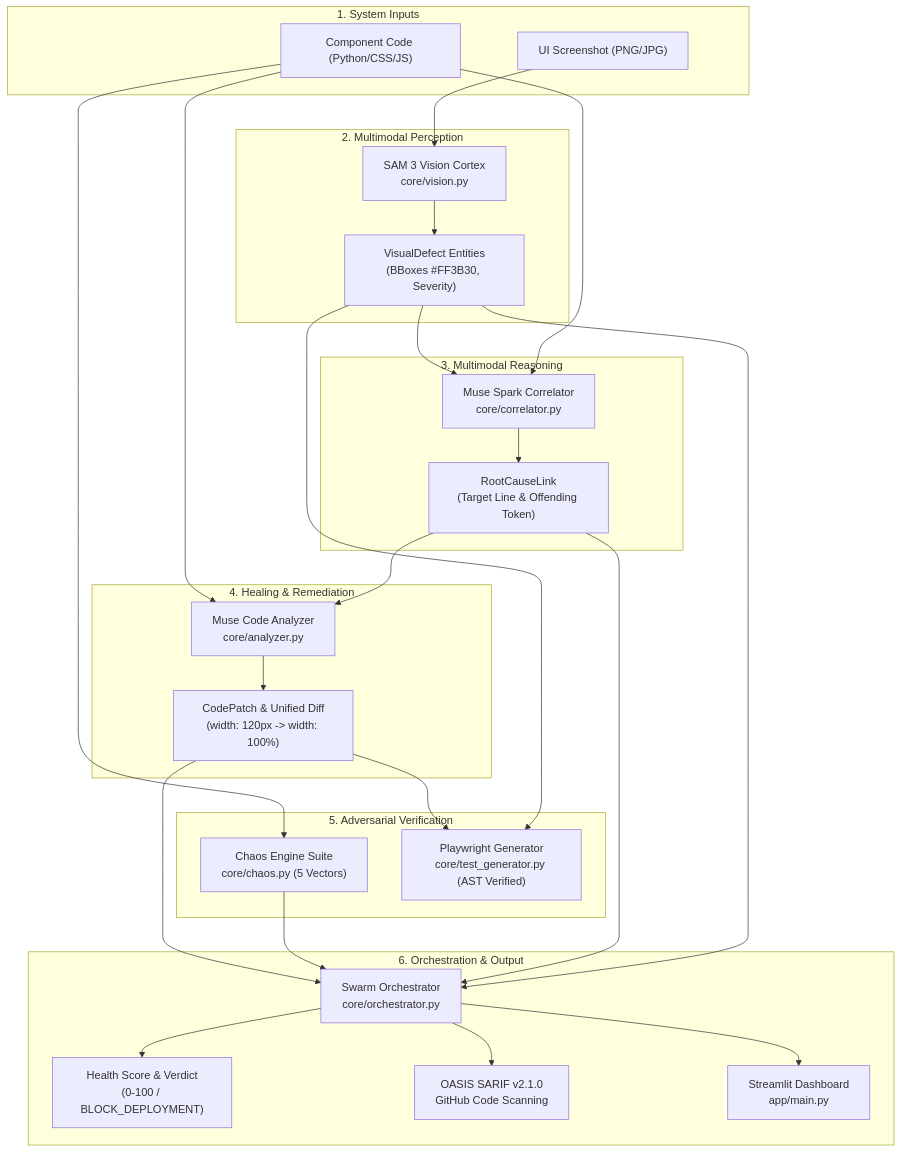
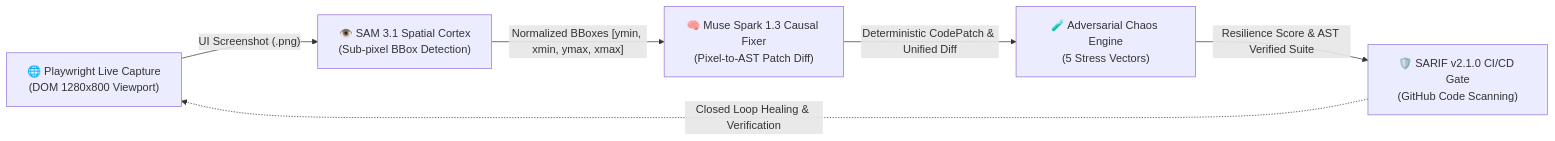
One commit to franshesco79/QA-Swarm changed the diagram in README.md. Above: the diagram before and after it, drawn with Mermaid. The commit also changed other lines of this file and 4 other files, not shown here.

Commit message:
chore(release): add GitHub SARIF workflow, credential protection, and Mermaid architecture docs

````diff
--- a/README.md
+++ b/README.md
@@ -42,53 +41,14 @@
 ```mermaid
-flowchart TD
-    subgraph Inputs["1. System Inputs"]
-        UI_IMG["UI Screenshot (PNG/JPG)"]
-        SRC_CODE["Component Code (Python/CSS/JS)"]
-    end
+flowchart LR
+    PLAYWRIGHT["🌐 Playwright Live Capture<br/>(DOM 1280x800 Viewport)"]
+    SAM3["👁️ SAM 3.1 Spatial Cortex<br/>(Sub-pixel BBox Detection)"]
+    MUSE["🧠 Muse Spark 1.3 Causal Fixer<br/>(Pixel-to-AST Patch Diff)"]
+    CHAOS["🧪 Adversarial Chaos Engine<br/>(5 Stress Vectors)"]
+    SARIF["🛡️ SARIF v2.1.0 CI/CD Gate<br/>(GitHub Code Scanning)"]
 
-    subgraph Perception["2. Multimodal Perception"]
-        SAM3["SAM 3 Vision Cortex<br/>core/vision.py"]
-        DEFECTS["VisualDefect Entities<br/>(BBoxes #FF3B30, Severity)"]
-    end
-
-    subgraph Correlation["3. Multimodal Reasoning"]
-        MUSE_SPARK["Muse Spark Correlator<br/>core/correlator.py"]
-        ROOT_CAUSE["RootCauseLink<br/>(Target Line & Offending Token)"]
-    end
-
-    subgraph Healing["4. Healing & Remediation"]
-        MUSE_CODE["Muse Code Analyzer<br/>core/analyzer.py"]
-        PATCH["CodePatch & Unified Diff<br/>(width: 120px -> width: 100%)"]
-    end
-
-    subgraph Adversarial["5. Adversarial Verification"]
-        CHAOS["Chaos Engine Suite<br/>core/chaos.py (5 Vectors)"]
-        PLAYWRIGHT["Playwright Generator<br/>core/test_generator.py (AST Verified)"]
-    end
-
-    subgraph Governance["6. Orchestration & Output"]
-        ORCH["Swarm Orchestrator<br/>core/orchestrator.py"]
-        SCORE["Health Score & Verdict<br/>(0-100 / BLOCK_DEPLOYMENT)"]
-        SARIF["OASIS SARIF v2.1.0<br/>GitHub Code Scanning"]
-        DASH["Streamlit Dashboard<br/>app/main.py"]
-    end
-
-    UI_IMG --> SAM3
-    SAM3 --> DEFECTS
-    SRC_CODE --> MUSE_SPARK
-    DEFECTS --> MUSE_SPARK
-    MUSE_SPARK --> ROOT_CAUSE
-    ROOT_CAUSE --> MUSE_CODE
-    SRC_CODE --> MUSE_CODE
-    MUSE_CODE --> PATCH
-    SRC_CODE --> CHAOS
-    DEFECTS --> PLAYWRIGHT
-    PATCH --> PLAYWRIGHT
-    DEFECTS --> ORCH
-    ROOT_CAUSE --> ORCH
-    CHAOS --> ORCH
-    PATCH --> ORCH
-    ORCH --> SCORE
-    ORCH --> SARIF
-    ORCH --> DASH
+    PLAYWRIGHT -->|"UI Screenshot (.png)"| SAM3
+    SAM3 -->|"Normalized BBoxes [ymin, xmin, ymax, xmax]"| MUSE
+    MUSE -->|"Deterministic CodePatch & Unified Diff"| CHAOS
+    CHAOS -->|"Resilience Score & AST Verified Suite"| SARIF
+    SARIF -.->|"Closed Loop Healing & Verification"| PLAYWRIGHT
 ```
````
